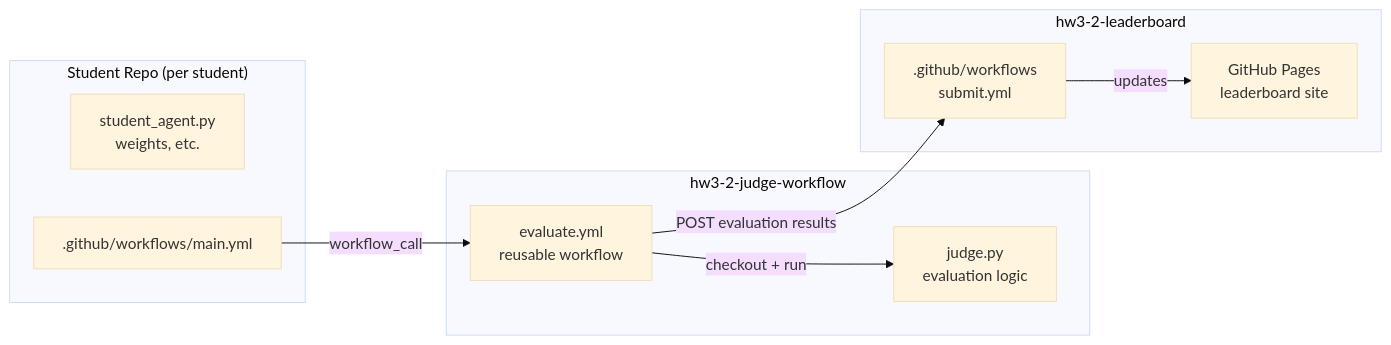
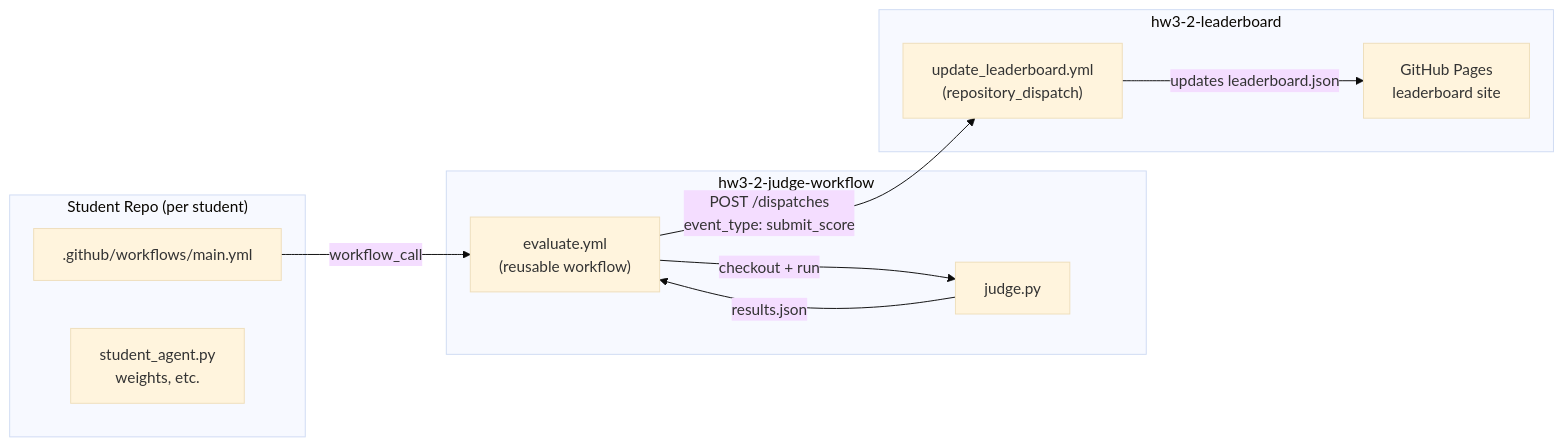
One commit to ntu-drl-2026-spring-hw3/hw3-2-judge-workflow changed the diagram in README.md. Above: the diagram before and after it, drawn with Mermaid (base theme). The commit also changed other lines of this file and 2 other files, not shown here.

Commit message:
fix: make the POST part compatible with current leaderboard

````diff
--- a/README.md
+++ b/README.md
@@ -8,22 +8,23 @@
 ```mermaid
 flowchart LR
     subgraph student-repo["Student Repo (per student)"]
-        SA[student_agent.py\nweights, etc.]
-        SW[.github/workflows/main.yml]
+        SW[".github/workflows/main.yml"]
+        SA["student_agent.py\nweights, etc."]
     end
 
     subgraph judge-repo["hw3-2-judge-workflow"]
-        JW[evaluate.yml\nreusable workflow]
-        JP[judge.py\nevaluation logic]
+        JW["evaluate.yml\n(reusable workflow)"]
+        JP["judge.py"]
     end
 
     subgraph leaderboard-repo["hw3-2-leaderboard"]
-        LW[.github/workflows\nsubmit.yml\n]
-        LP[GitHub Pages\nleaderboard site]
+        LW["update_leaderboard.yml\n(repository_dispatch)"]
+        LP["GitHub Pages\nleaderboard site"]
     end
 
     SW -- "workflow_call" --> JW
     JW -- "checkout + run" --> JP
-    JW -- "POST evaluation results" --> LW
-    LW -- "updates" --> LP
+    JP -- "results.json" --> JW
+    JW -- "POST /dispatches\nevent_type: submit_score" --> LW
+    LW -- "updates leaderboard.json" --> LP
 ```
````
